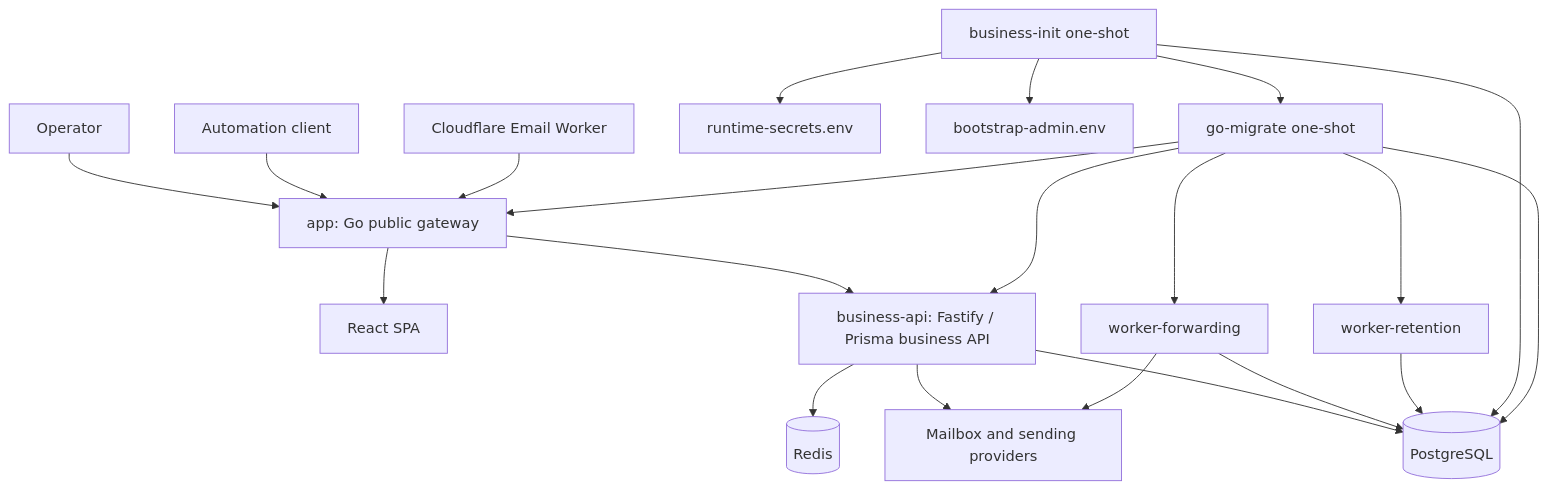
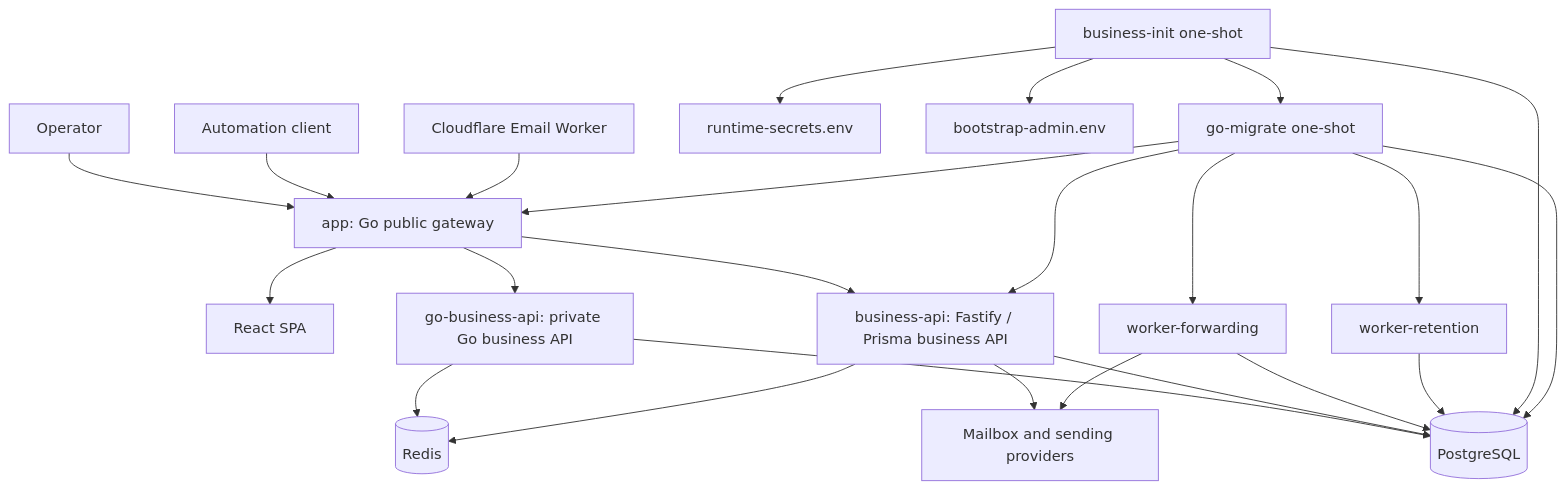
One commit to feng123-new/all-Mail changed the diagram in README.md. Above: the diagram before and after it, drawn with Mermaid. The commit also changed other lines of this file and 28 other files, not shown here.

First line of the commit message:
feat(go-business): port API-key security and database-backed external APIs (#28)

````diff
--- a/README.md
+++ b/README.md
@@ -39,27 +39,30 @@
 ```mermaid
 flowchart TD
     Operator[Operator] --> GoAPI[app: Go public gateway]
     Automation[Automation client] --> GoAPI
     Edge[Cloudflare Email Worker] --> GoAPI
 
     GoAPI --> SPA[React SPA]
+    GoAPI --> GoBusiness[go-business-api: private Go business API]
     GoAPI --> Legacy[business-api: Fastify / Prisma business API]
 
+    GoBusiness --> Postgres[(PostgreSQL)]
+    GoBusiness --> Redis[(Redis)]
     Legacy --> Postgres[(PostgreSQL)]
     Legacy --> Redis[(Redis)]
     Legacy --> Providers[Mailbox and sending providers]
 
     Forwarding[worker-forwarding] --> Postgres
     Forwarding --> Providers
     Retention[worker-retention] --> Postgres
 
     LegacyInit[business-init one-shot] --> RuntimeSecrets[runtime-secrets.env]
     LegacyInit --> AdminSecret[bootstrap-admin.env]
     LegacyInit --> Postgres
     GoMigrate[go-migrate one-shot] --> Postgres
     LegacyInit --> GoMigrate
     GoMigrate --> Legacy
     GoMigrate --> GoAPI
     GoMigrate --> Forwarding
     GoMigrate --> Retention
 ```
````
